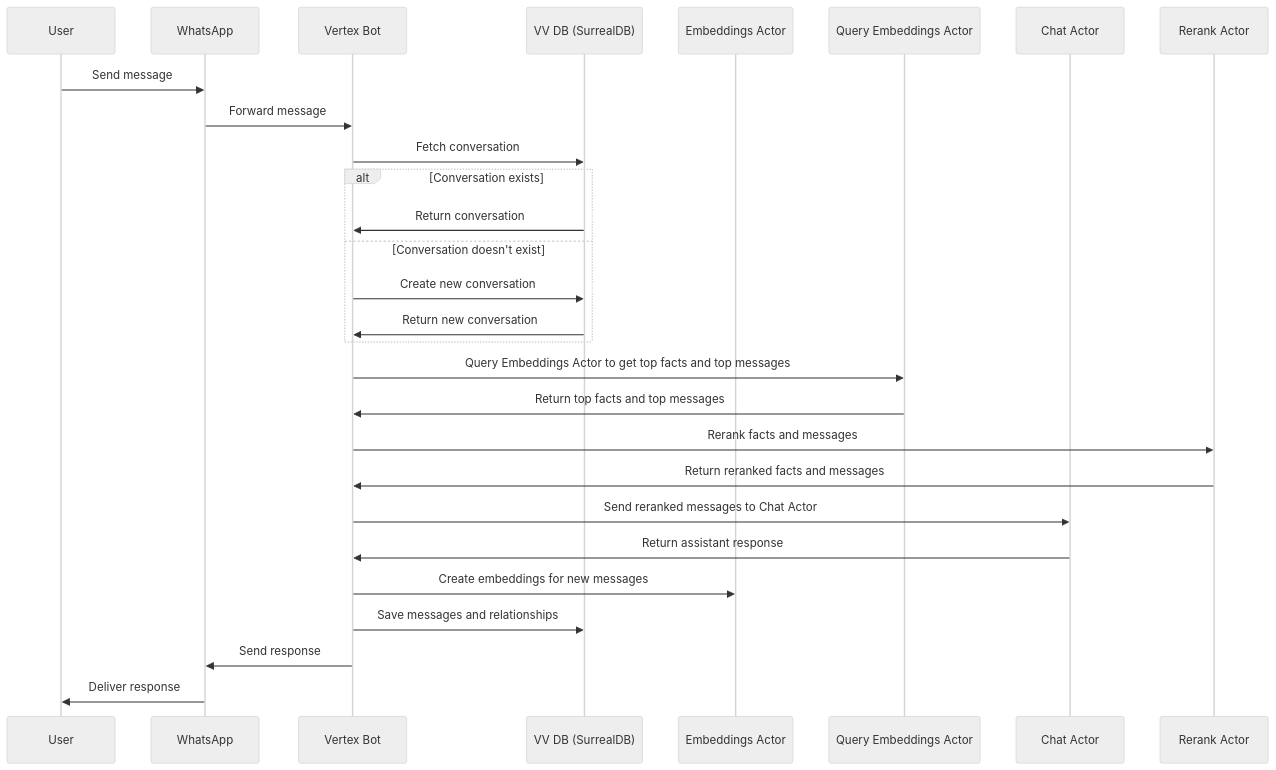
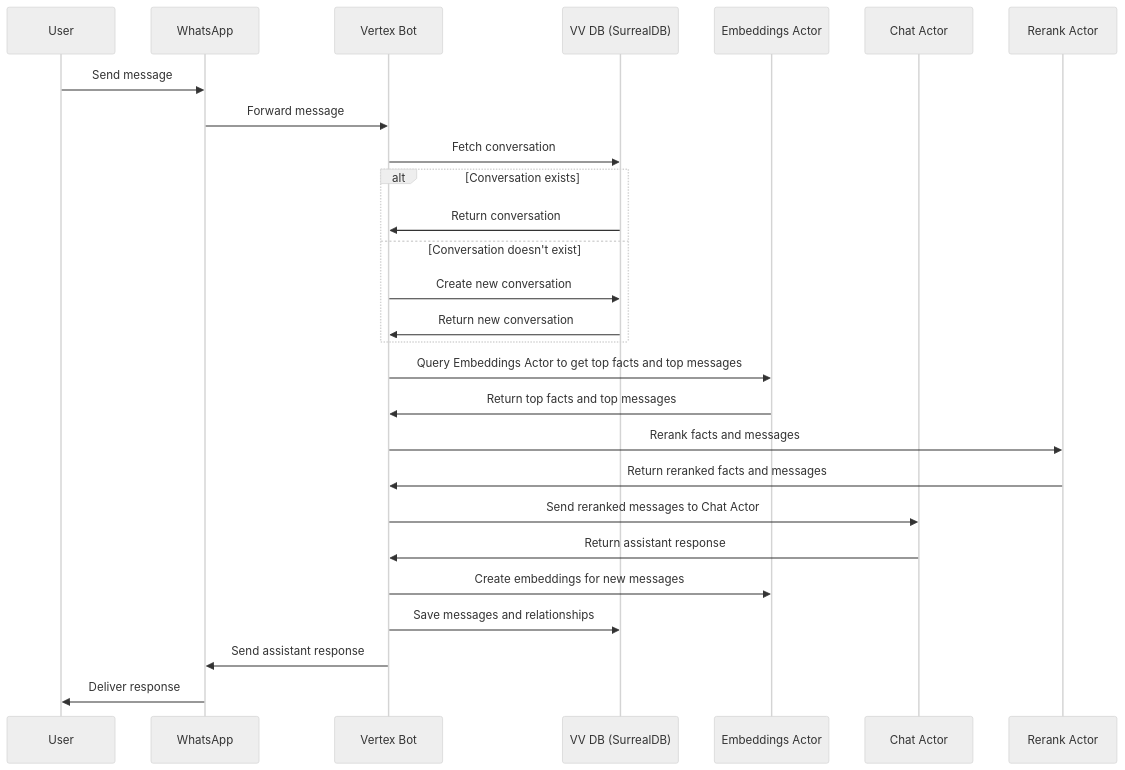
Before and after one commit to VertexStudio/vertex-bot-wsp: the diagram in README.md, drawn with Mermaid (neutral theme).

Commit message:
update diagam

````diff
--- a/README.md
+++ b/README.md
@@ -106,36 +106,35 @@
 ```mermaid
 sequenceDiagram
     participant U as User
     participant W as WhatsApp
     participant VB as Vertex Bot
     participant DB as VV DB (SurrealDB)
     participant EA as Embeddings Actor
-    participant QEA as Query Embeddings Actor
     participant CA as Chat Actor
     participant RA as Rerank Actor
 
     U->>W: Send message
     W->>VB: Forward message
     VB->>DB: Fetch conversation
     alt Conversation exists
         DB->>VB: Return conversation
     else Conversation doesn't exist
         VB->>DB: Create new conversation
         DB->>VB: Return new conversation
     end
 
-    VB->>QEA: Query Embeddings Actor to get top facts and top messages
-    QEA->>VB: Return top facts and top messages
+    VB->>EA: Query Embeddings Actor to get top facts and top messages
+    EA->>VB: Return top facts and top messages
 
     VB->>RA: Rerank facts and messages
     RA->>VB: Return reranked facts and messages
 
     VB->>CA: Send reranked messages to Chat Actor
     CA->>VB: Return assistant response
 
     VB->>EA: Create embeddings for new messages
 
     VB->>DB: Save messages and relationships
-    VB->>W: Send response
+    VB->>W: Send assistant response
     W->>U: Deliver response
 ```
````
